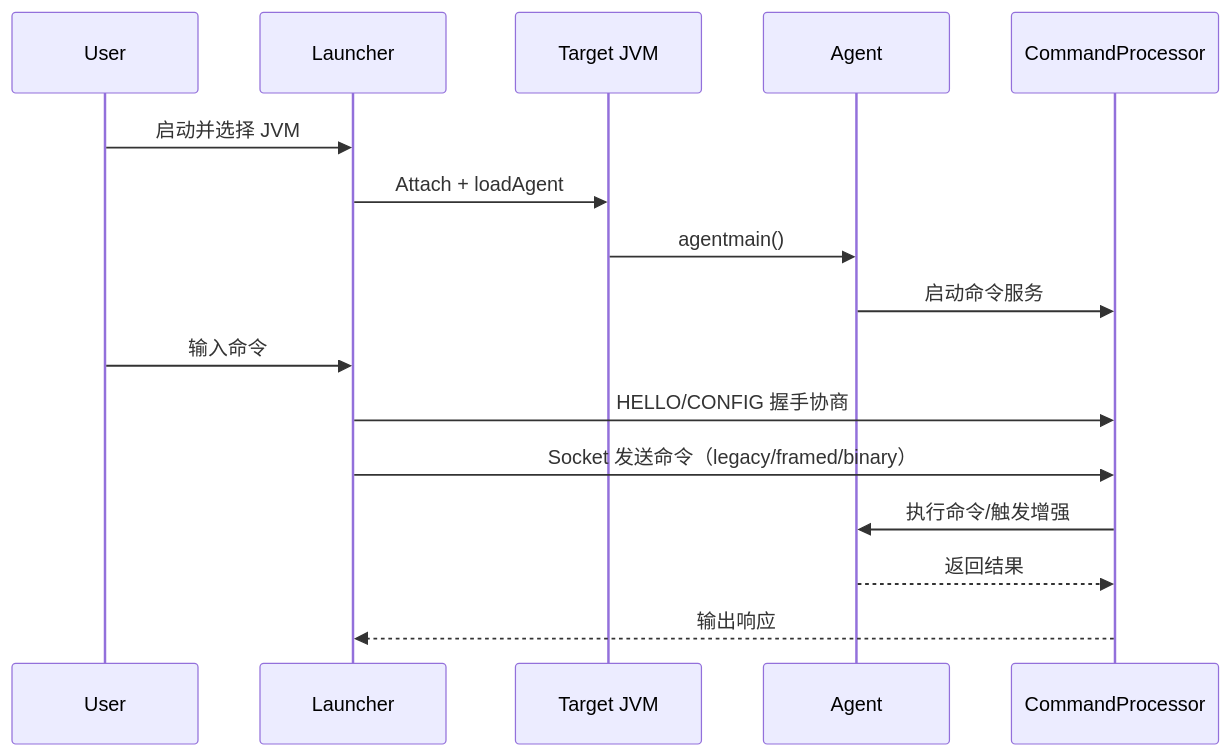
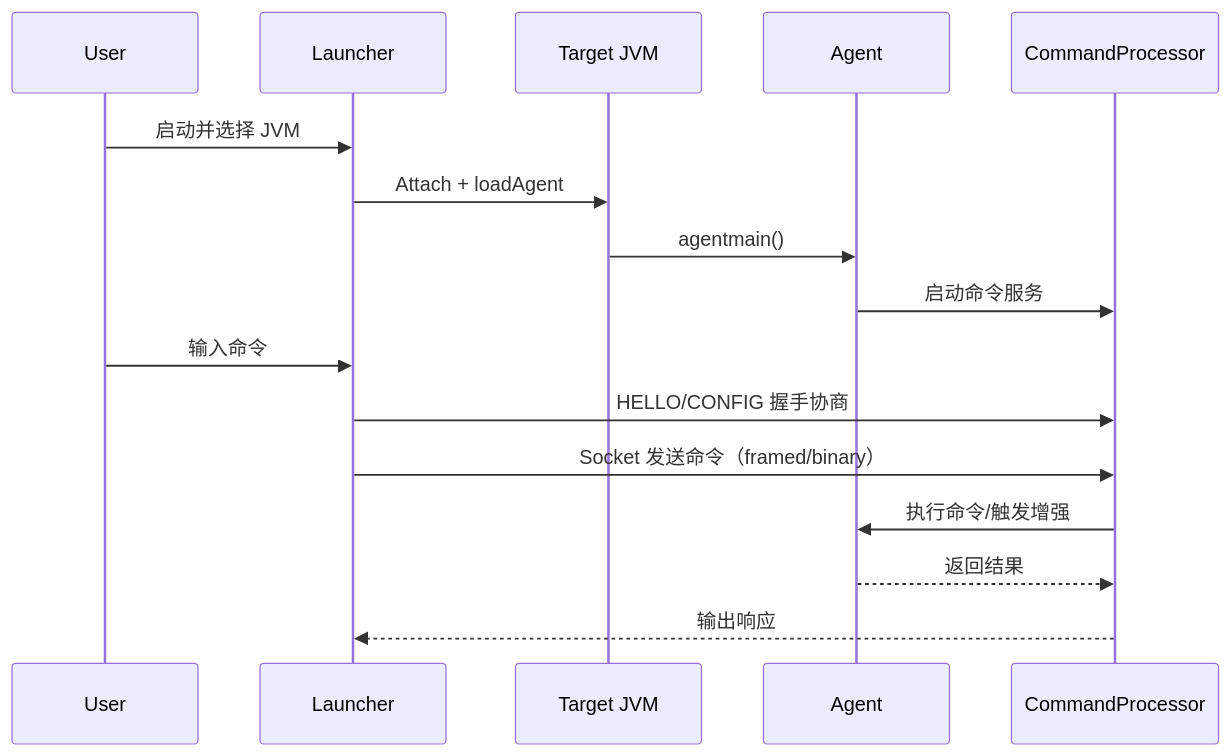
Before and after one commit to skt-shinyruo/Java-Sleuth: the second of 2 diagrams in helloagents/wiki/arch.md, drawn with Mermaid. The commit also changed other lines of this file and 46 other files, not shown here.

````diff
--- a/helloagents/wiki/arch.md
+++ b/helloagents/wiki/arch.md
@@ -36,18 +36,18 @@
 ```mermaid
 sequenceDiagram
     participant User
     participant Launcher
     participant JVM as Target JVM
     participant Agent
     participant Server as CommandProcessor
     User->>Launcher: 启动并选择 JVM
     Launcher->>JVM: Attach + loadAgent
     JVM->>Agent: agentmain()
     Agent->>Server: 启动命令服务
     User->>Launcher: 输入命令
     Launcher->>Server: HELLO/CONFIG 握手协商
-    Launcher->>Server: Socket 发送命令（legacy/framed/binary）
+    Launcher->>Server: Socket 发送命令（framed/binary）
     Server->>Agent: 执行命令/触发增强
     Agent-->>Server: 返回结果
     Server-->>Launcher: 输出响应
 ```
````
